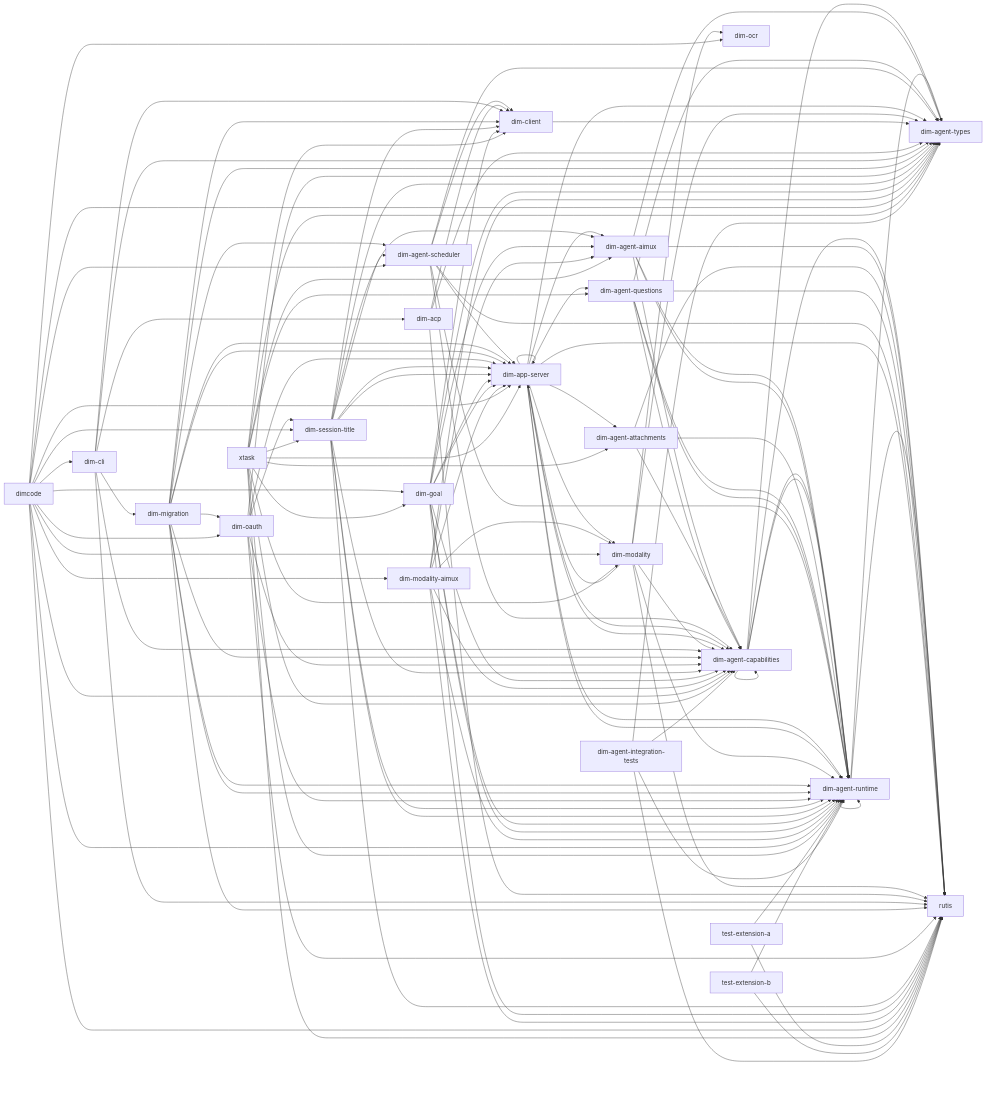
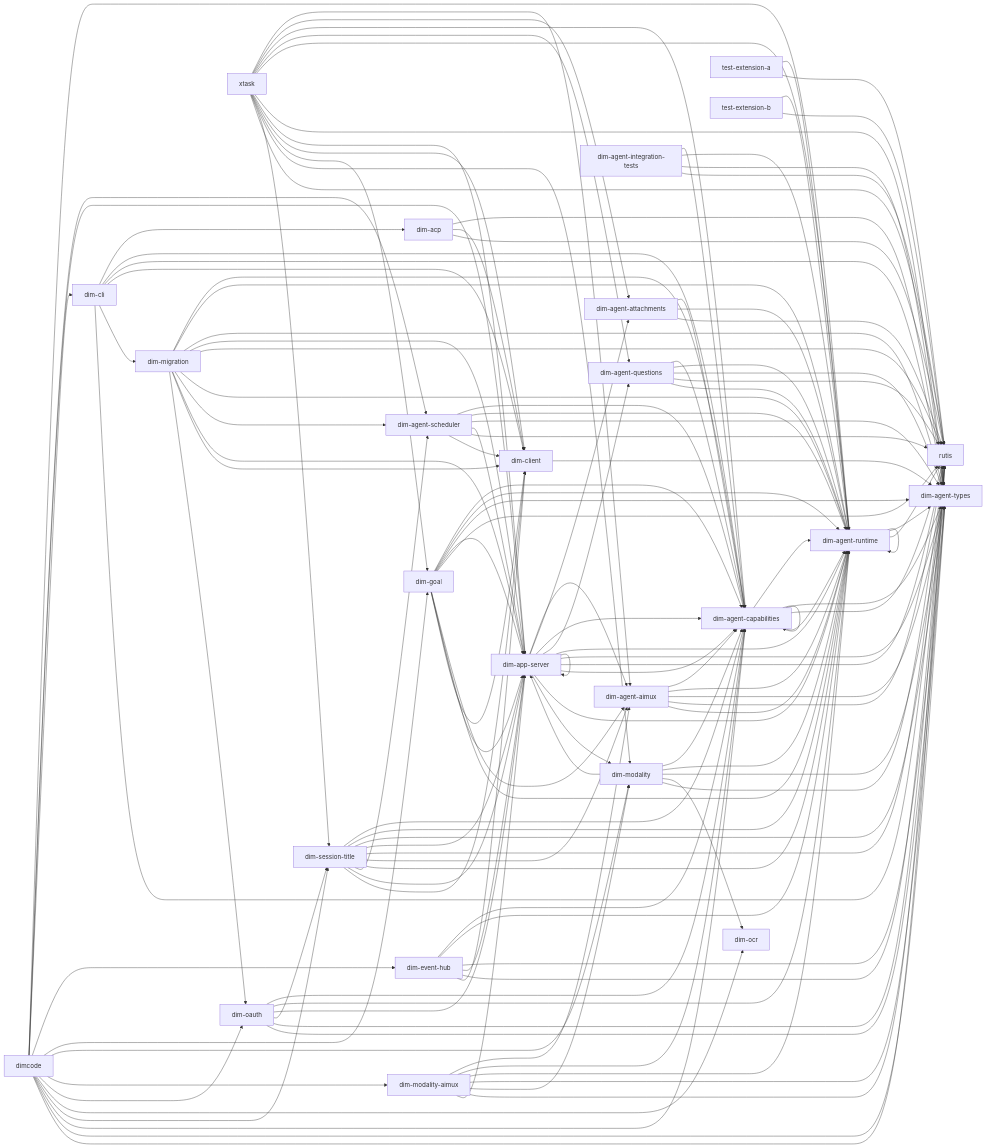
One commit to CoutinhoTTS/dim-agent changed the diagram in docs/architecture/rust-agent/generated/crates.mmd. Above: the diagram before and after it, drawn with Mermaid. The commit also changed 25 other files, not shown here.

```diff
--- a/docs/architecture/rust-agent/generated/crates.mmd
+++ b/docs/architecture/rust-agent/generated/crates.mmd
@@ -1,131 +1,138 @@
 %% Generated from cargo metadata; do not edit.
 flowchart LR
   dim_agent_runtime["dim-agent-runtime"] --> dim_agent_types["dim-agent-types"]
   dim_agent_runtime["dim-agent-runtime"] --> rutis["rutis"]
   dim_agent_runtime["dim-agent-runtime"] --> dim_agent_runtime["dim-agent-runtime"]
   dim_agent_capabilities["dim-agent-capabilities"] --> dim_agent_runtime["dim-agent-runtime"]
   dim_agent_capabilities["dim-agent-capabilities"] --> dim_agent_types["dim-agent-types"]
   dim_agent_capabilities["dim-agent-capabilities"] --> rutis["rutis"]
   dim_agent_capabilities["dim-agent-capabilities"] --> dim_agent_capabilities["dim-agent-capabilities"]
   dim_agent_capabilities["dim-agent-capabilities"] --> dim_agent_runtime["dim-agent-runtime"]
   dim_agent_aimux["dim-agent-aimux"] --> dim_agent_capabilities["dim-agent-capabilities"]
   dim_agent_aimux["dim-agent-aimux"] --> dim_agent_runtime["dim-agent-runtime"]
   dim_agent_aimux["dim-agent-aimux"] --> dim_agent_types["dim-agent-types"]
   dim_agent_aimux["dim-agent-aimux"] --> rutis["rutis"]
   dim_agent_aimux["dim-agent-aimux"] --> dim_agent_runtime["dim-agent-runtime"]
   dim_agent_attachments["dim-agent-attachments"] --> dim_agent_capabilities["dim-agent-capabilities"]
   dim_agent_attachments["dim-agent-attachments"] --> dim_agent_runtime["dim-agent-runtime"]
   dim_agent_attachments["dim-agent-attachments"] --> rutis["rutis"]
   dim_agent_questions["dim-agent-questions"] --> dim_agent_capabilities["dim-agent-capabilities"]
   dim_agent_questions["dim-agent-questions"] --> dim_agent_runtime["dim-agent-runtime"]
   dim_agent_questions["dim-agent-questions"] --> dim_agent_types["dim-agent-types"]
   dim_agent_questions["dim-agent-questions"] --> rutis["rutis"]
   dim_agent_questions["dim-agent-questions"] --> dim_agent_runtime["dim-agent-runtime"]
   dim_agent_scheduler["dim-agent-scheduler"] --> dim_agent_capabilities["dim-agent-capabilities"]
   dim_agent_scheduler["dim-agent-scheduler"] --> dim_agent_runtime["dim-agent-runtime"]
   dim_agent_scheduler["dim-agent-scheduler"] --> dim_agent_types["dim-agent-types"]
   dim_agent_scheduler["dim-agent-scheduler"] --> dim_app_server["dim-app-server"]
   dim_agent_scheduler["dim-agent-scheduler"] --> rutis["rutis"]
   dim_agent_scheduler["dim-agent-scheduler"] --> dim_client["dim-client"]
   dim_app_server["dim-app-server"] --> dim_agent_aimux["dim-agent-aimux"]
   dim_app_server["dim-app-server"] --> dim_agent_attachments["dim-agent-attachments"]
   dim_app_server["dim-app-server"] --> dim_agent_capabilities["dim-agent-capabilities"]
   dim_app_server["dim-app-server"] --> dim_agent_questions["dim-agent-questions"]
   dim_app_server["dim-app-server"] --> dim_agent_runtime["dim-agent-runtime"]
   dim_app_server["dim-app-server"] --> dim_agent_types["dim-agent-types"]
   dim_app_server["dim-app-server"] --> rutis["rutis"]
   dim_app_server["dim-app-server"] --> dim_agent_capabilities["dim-agent-capabilities"]
   dim_app_server["dim-app-server"] --> dim_agent_runtime["dim-agent-runtime"]
   dim_app_server["dim-app-server"] --> dim_app_server["dim-app-server"]
   dim_app_server["dim-app-server"] --> dim_modality["dim-modality"]
   dim_modality["dim-modality"] --> dim_agent_capabilities["dim-agent-capabilities"]
   dim_modality["dim-modality"] --> dim_agent_runtime["dim-agent-runtime"]
   dim_modality["dim-modality"] --> dim_agent_types["dim-agent-types"]
   dim_modality["dim-modality"] --> dim_app_server["dim-app-server"]
   dim_modality["dim-modality"] --> dim_ocr["dim-ocr"]
   dim_modality["dim-modality"] --> rutis["rutis"]
   dim_client["dim-client"] --> dim_agent_types["dim-agent-types"]
+  dim_event_hub["dim-event-hub"] --> dim_agent_capabilities["dim-agent-capabilities"]
+  dim_event_hub["dim-event-hub"] --> dim_agent_runtime["dim-agent-runtime"]
+  dim_event_hub["dim-event-hub"] --> dim_agent_types["dim-agent-types"]
+  dim_event_hub["dim-event-hub"] --> dim_app_server["dim-app-server"]
+  dim_event_hub["dim-event-hub"] --> rutis["rutis"]
+  dim_event_hub["dim-event-hub"] --> dim_client["dim-client"]
   dim_acp["dim-acp"] --> dim_agent_types["dim-agent-types"]
   dim_acp["dim-acp"] --> dim_client["dim-client"]
   dim_acp["dim-acp"] --> rutis["rutis"]
   dim_cli["dim-cli"] --> dim_acp["dim-acp"]
   dim_cli["dim-cli"] --> dim_agent_capabilities["dim-agent-capabilities"]
   dim_cli["dim-cli"] --> dim_agent_types["dim-agent-types"]
   dim_cli["dim-cli"] --> dim_client["dim-client"]
   dim_cli["dim-cli"] --> dim_migration["dim-migration"]
   dim_cli["dim-cli"] --> rutis["rutis"]
   dim_migration["dim-migration"] --> dim_agent_capabilities["dim-agent-capabilities"]
   dim_migration["dim-migration"] --> dim_agent_runtime["dim-agent-runtime"]
   dim_migration["dim-migration"] --> dim_agent_types["dim-agent-types"]
   dim_migration["dim-migration"] --> dim_app_server["dim-app-server"]
   dim_migration["dim-migration"] --> rutis["rutis"]
   dim_migration["dim-migration"] --> dim_agent_runtime["dim-agent-runtime"]
   dim_migration["dim-migration"] --> dim_agent_scheduler["dim-agent-scheduler"]
   dim_migration["dim-migration"] --> dim_app_server["dim-app-server"]
   dim_migration["dim-migration"] --> dim_client["dim-client"]
   dim_migration["dim-migration"] --> dim_oauth["dim-oauth"]
   dim_oauth["dim-oauth"] --> dim_agent_capabilities["dim-agent-capabilities"]
   dim_oauth["dim-oauth"] --> dim_agent_runtime["dim-agent-runtime"]
   dim_oauth["dim-oauth"] --> dim_app_server["dim-app-server"]
   dim_oauth["dim-oauth"] --> dim_session_title["dim-session-title"]
   dim_oauth["dim-oauth"] --> rutis["rutis"]
   dim_oauth["dim-oauth"] --> dim_agent_types["dim-agent-types"]
   dim_session_title["dim-session-title"] --> dim_agent_capabilities["dim-agent-capabilities"]
   dim_session_title["dim-session-title"] --> dim_agent_runtime["dim-agent-runtime"]
   dim_session_title["dim-session-title"] --> dim_agent_types["dim-agent-types"]
   dim_session_title["dim-session-title"] --> dim_app_server["dim-app-server"]
   dim_session_title["dim-session-title"] --> rutis["rutis"]
   dim_session_title["dim-session-title"] --> dim_agent_aimux["dim-agent-aimux"]
   dim_session_title["dim-session-title"] --> dim_agent_runtime["dim-agent-runtime"]
   dim_session_title["dim-session-title"] --> dim_agent_scheduler["dim-agent-scheduler"]
   dim_session_title["dim-session-title"] --> dim_app_server["dim-app-server"]
   dim_session_title["dim-session-title"] --> dim_client["dim-client"]
   dim_goal["dim-goal"] --> dim_agent_capabilities["dim-agent-capabilities"]
   dim_goal["dim-goal"] --> dim_agent_runtime["dim-agent-runtime"]
   dim_goal["dim-goal"] --> dim_agent_types["dim-agent-types"]
   dim_goal["dim-goal"] --> dim_app_server["dim-app-server"]
   dim_goal["dim-goal"] --> rutis["rutis"]
   dim_goal["dim-goal"] --> dim_agent_aimux["dim-agent-aimux"]
   dim_goal["dim-goal"] --> dim_agent_runtime["dim-agent-runtime"]
   dim_goal["dim-goal"] --> dim_app_server["dim-app-server"]
   dim_goal["dim-goal"] --> dim_client["dim-client"]
   dim_modality_aimux["dim-modality-aimux"] --> dim_agent_aimux["dim-agent-aimux"]
   dim_modality_aimux["dim-modality-aimux"] --> dim_agent_capabilities["dim-agent-capabilities"]
   dim_modality_aimux["dim-modality-aimux"] --> dim_agent_runtime["dim-agent-runtime"]
   dim_modality_aimux["dim-modality-aimux"] --> dim_agent_types["dim-agent-types"]
   dim_modality_aimux["dim-modality-aimux"] --> dim_modality["dim-modality"]
   dim_modality_aimux["dim-modality-aimux"] --> rutis["rutis"]
   dim_modality_aimux["dim-modality-aimux"] --> dim_app_server["dim-app-server"]
   dimcode["dimcode"] --> dim_agent_runtime["dim-agent-runtime"]
   dimcode["dimcode"] --> dim_agent_scheduler["dim-agent-scheduler"]
   dimcode["dimcode"] --> dim_app_server["dim-app-server"]
   dimcode["dimcode"] --> dim_cli["dim-cli"]
+  dimcode["dimcode"] --> dim_event_hub["dim-event-hub"]
   dimcode["dimcode"] --> dim_goal["dim-goal"]
   dimcode["dimcode"] --> dim_modality["dim-modality"]
   dimcode["dimcode"] --> dim_modality_aimux["dim-modality-aimux"]
   dimcode["dimcode"] --> dim_oauth["dim-oauth"]
   dimcode["dimcode"] --> dim_ocr["dim-ocr"]
   dimcode["dimcode"] --> dim_session_title["dim-session-title"]
   dimcode["dimcode"] --> dim_agent_capabilities["dim-agent-capabilities"]
   dimcode["dimcode"] --> dim_agent_types["dim-agent-types"]
   dimcode["dimcode"] --> rutis["rutis"]
   xtask["xtask"] --> dim_agent_aimux["dim-agent-aimux"]
   xtask["xtask"] --> dim_agent_attachments["dim-agent-attachments"]
   xtask["xtask"] --> dim_agent_capabilities["dim-agent-capabilities"]
   xtask["xtask"] --> dim_agent_questions["dim-agent-questions"]
   xtask["xtask"] --> dim_agent_runtime["dim-agent-runtime"]
   xtask["xtask"] --> dim_agent_types["dim-agent-types"]
   xtask["xtask"] --> dim_app_server["dim-app-server"]
   xtask["xtask"] --> dim_client["dim-client"]
   xtask["xtask"] --> dim_goal["dim-goal"]
   xtask["xtask"] --> dim_modality["dim-modality"]
   xtask["xtask"] --> dim_session_title["dim-session-title"]
   xtask["xtask"] --> rutis["rutis"]
   test_extension_a["test-extension-a"] --> dim_agent_runtime["dim-agent-runtime"]
   test_extension_a["test-extension-a"] --> rutis["rutis"]
   test_extension_b["test-extension-b"] --> dim_agent_runtime["dim-agent-runtime"]
   test_extension_b["test-extension-b"] --> rutis["rutis"]
   dim_agent_integration_tests["dim-agent-integration-tests"] --> dim_agent_capabilities["dim-agent-capabilities"]
   dim_agent_integration_tests["dim-agent-integration-tests"] --> dim_agent_runtime["dim-agent-runtime"]
   dim_agent_integration_tests["dim-agent-integration-tests"] --> dim_agent_types["dim-agent-types"]
   dim_agent_integration_tests["dim-agent-integration-tests"] --> rutis["rutis"]
```
